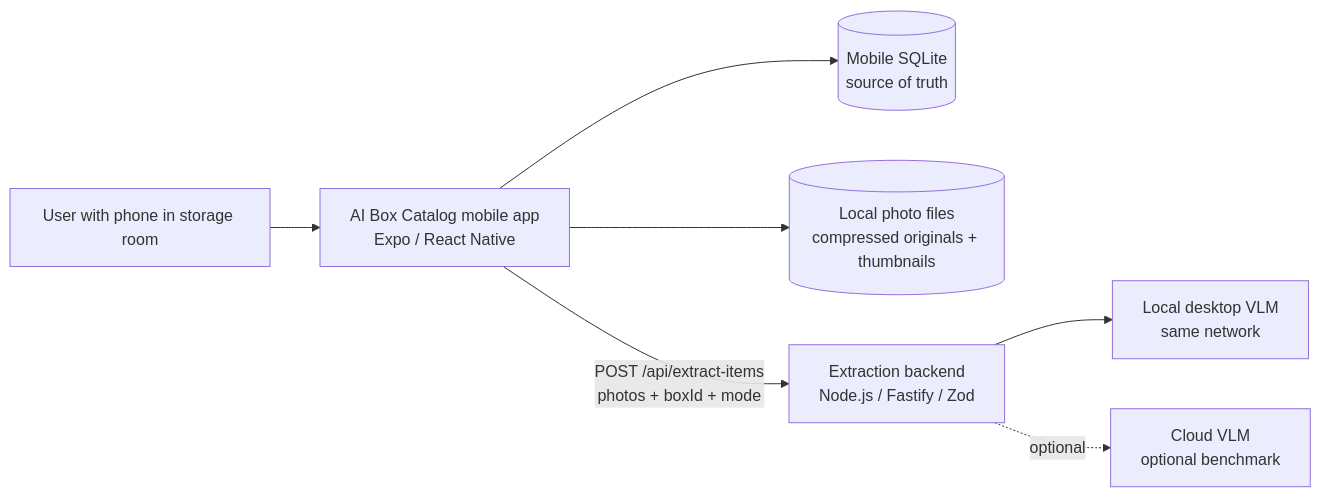
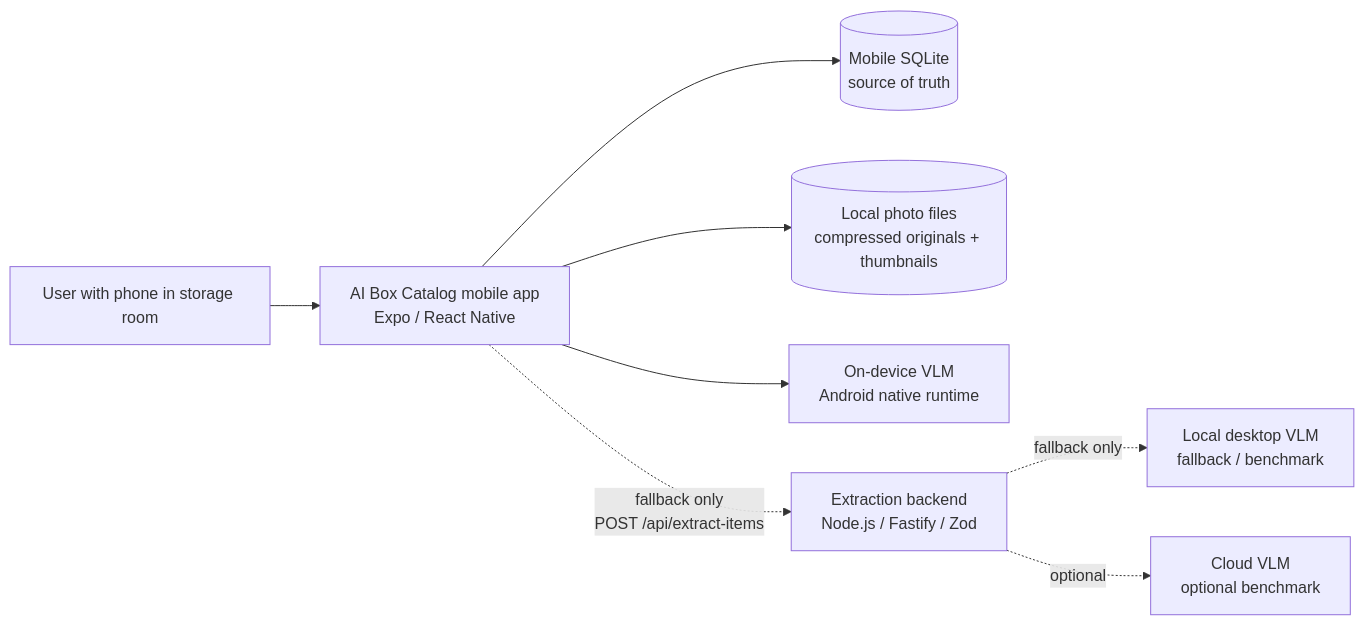
The first of 8 diagrams in docs/architecture.md (GenrihFrank/ai-box-catalog), drawn with Mermaid before and after one commit. The commit also changed other lines of this file and 9 other files, not shown here.

Commit message:
[*] Перенесен AI путь на on-device vlm

````diff
--- a/docs/architecture.md
+++ b/docs/architecture.md
@@ -41,17 +43,19 @@
 ```mermaid
 flowchart LR
   User["User with phone in storage room"]
   Mobile["AI Box Catalog mobile app<br/>Expo / React Native"]
   SQLite[("Mobile SQLite<br/>source of truth")]
   Files[("Local photo files<br/>compressed originals + thumbnails")]
+  OnDeviceVlm["On-device VLM<br/>Android native runtime"]
   Backend["Extraction backend<br/>Node.js / Fastify / Zod"]
-  LocalVlm["Local desktop VLM<br/>same network"]
+  LocalVlm["Local desktop VLM<br/>fallback / benchmark"]
   CloudVlm["Cloud VLM<br/>optional benchmark"]
 
   User --> Mobile
   Mobile --> SQLite
   Mobile --> Files
-  Mobile -- "POST /api/extract-items<br/>photos + boxId + mode" --> Backend
-  Backend --> LocalVlm
+  Mobile --> OnDeviceVlm
+  Mobile -. "fallback only<br/>POST /api/extract-items" .-> Backend
+  Backend -. "fallback only" .-> LocalVlm
   Backend -. "optional" .-> CloudVlm
 ```
````
